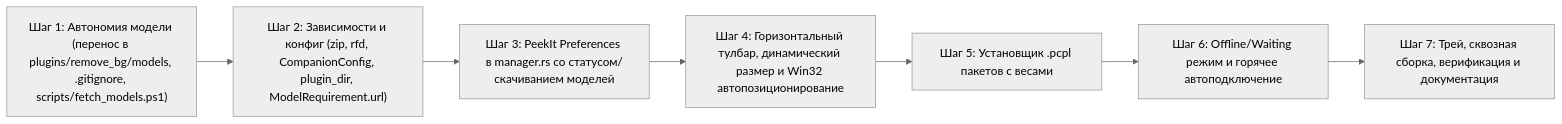
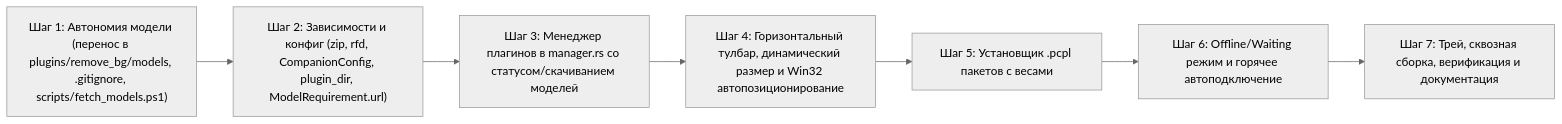
The second of 2 diagrams in docs/PLAN.md (kobaltgit/photocraft-companion), drawn with Mermaid (neutral theme) before and after one commit. The commit also changed other lines of this file and 16 other files, not shown here.

````diff
--- a/docs/PLAN.md
+++ b/docs/PLAN.md
@@ -231,9 +231,9 @@
 ```mermaid
 flowchart LR
     Step1["Шаг 1: Автономия модели (перенос в plugins/remove_bg/models, .gitignore, scripts/fetch_models.ps1)"] --> Step2["Шаг 2: Зависимости и конфиг (zip, rfd, CompanionConfig, plugin_dir, ModelRequirement.url)"]
-    Step2 --> Step3["Шаг 3: PeekIt Preferences в manager.rs со статусом/скачиванием моделей"]
+    Step2 --> Step3["Шаг 3: Менеджер плагинов в manager.rs со статусом/скачиванием моделей"]
     Step3 --> Step4["Шаг 4: Горизонтальный тулбар, динамический размер и Win32 автопозиционирование"]
     Step4 --> Step5["Шаг 5: Установщик .pcpl пакетов с весами"]
     Step5 --> Step6["Шаг 6: Offline/Waiting режим и горячее автоподключение"]
     Step6 --> Step7["Шаг 7: Трей, сквозная сборка, верификация и документация"]
 ```
````
